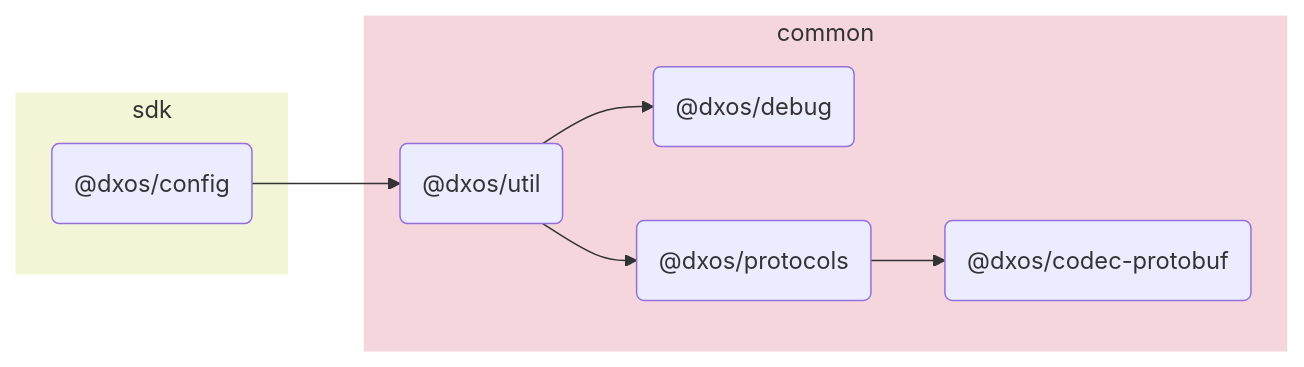
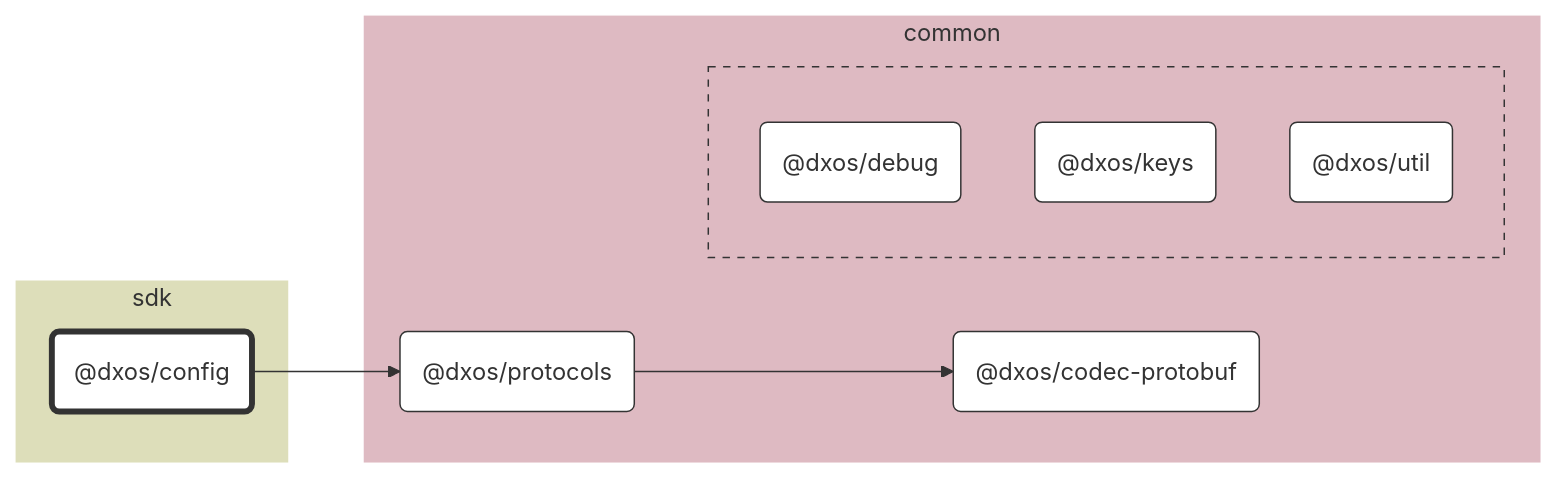
The diagram in packages/sdk/config/docs/README.md (dxos/dxos), drawn with Mermaid before and after one commit. The commit also changed other lines of this file and 89 other files, not shown here.

````diff
--- a/packages/sdk/config/docs/README.md
+++ b/packages/sdk/config/docs/README.md
@@ -5,21 +7,52 @@
 ```mermaid
-flowchart LR;
+%%{ init: {'flowchart':{'curve':'basis'}} }%%
 
+flowchart LR
+
+%% Links
+dxos/config --> dxos/protocols;
+dxos/protocols --> dxos/codec-protobuf;
+
+%% Sections
 subgraph sdk
-  style sdk fill:#f4f5d6,stroke:#fff;
-  dxos/config("@dxos/config");
+  style sdk fill:#dddeba,stroke:#fff;
+
+  dxos/config("@dxos/config")
 end
 
 subgraph common
-  style common fill:#f5d6dd,stroke:#fff;
-  dxos/codec-protobuf("@dxos/codec-protobuf");
-  dxos/debug("@dxos/debug");
-  dxos/protocols("@dxos/protocols");
-  dxos/util("@dxos/util");
+  style common fill:#debac2,stroke:#fff;
+
+  dxos/codec-protobuf("@dxos/codec-protobuf")
+  dxos/protocols("@dxos/protocols")
+
+  subgraph common-excluded [ ]
+    style common-excluded fill:#debac2,stroke:#333,stroke-dasharray:5 5;
+
+    dxos/debug("@dxos/debug")
+    dxos/keys("@dxos/keys")
+    dxos/util("@dxos/util")
+  end
 end
 
-dxos/protocols --> dxos/codec-protobuf;
-dxos/config --> dxos/util;
-dxos/util --> dxos/debug;
-dxos/util --> dxos/protocols;
+
+%% Hyperlinks
+click dxos/codec-protobuf "dxos/dxos/tree/main/packages/common/codec-protobuf/docs";
+click dxos/debug "dxos/dxos/tree/main/packages/common/debug/docs";
+click dxos/keys "dxos/dxos/tree/main/packages/common/keys/docs";
+click dxos/protocols "dxos/dxos/tree/main/packages/common/protocols/docs";
+click dxos/util "dxos/dxos/tree/main/packages/common/util/docs";
+
+%% Styles
+classDef rootNode fill:#fff,stroke:#333,stroke-width:4px
+classDef defaultNode fill:#fff,stroke:#333,stroke-width:1px
+linkStyle default stroke:#333,stroke-width:1px
+
+dxos/config:::rootNode
+
+dxos/codec-protobuf:::defaultNode
+dxos/debug:::defaultNode
+dxos/keys:::defaultNode
+dxos/protocols:::defaultNode
+dxos/util:::defaultNode
 ```
````
